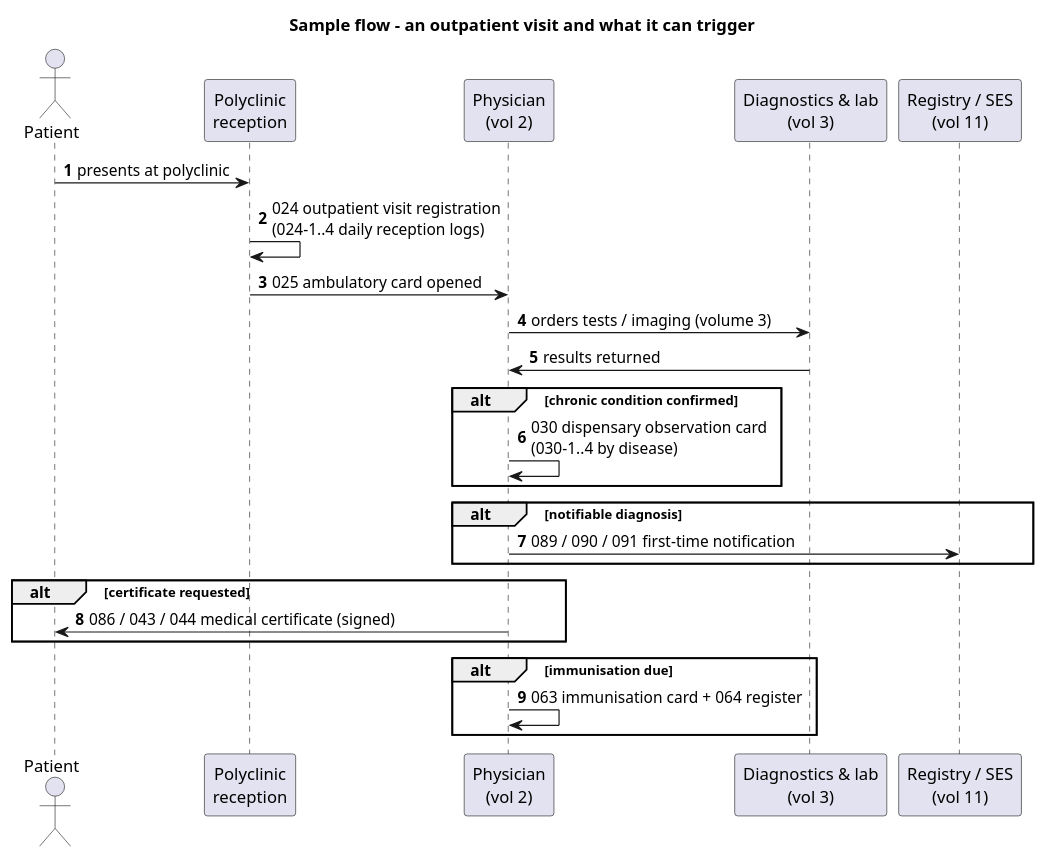
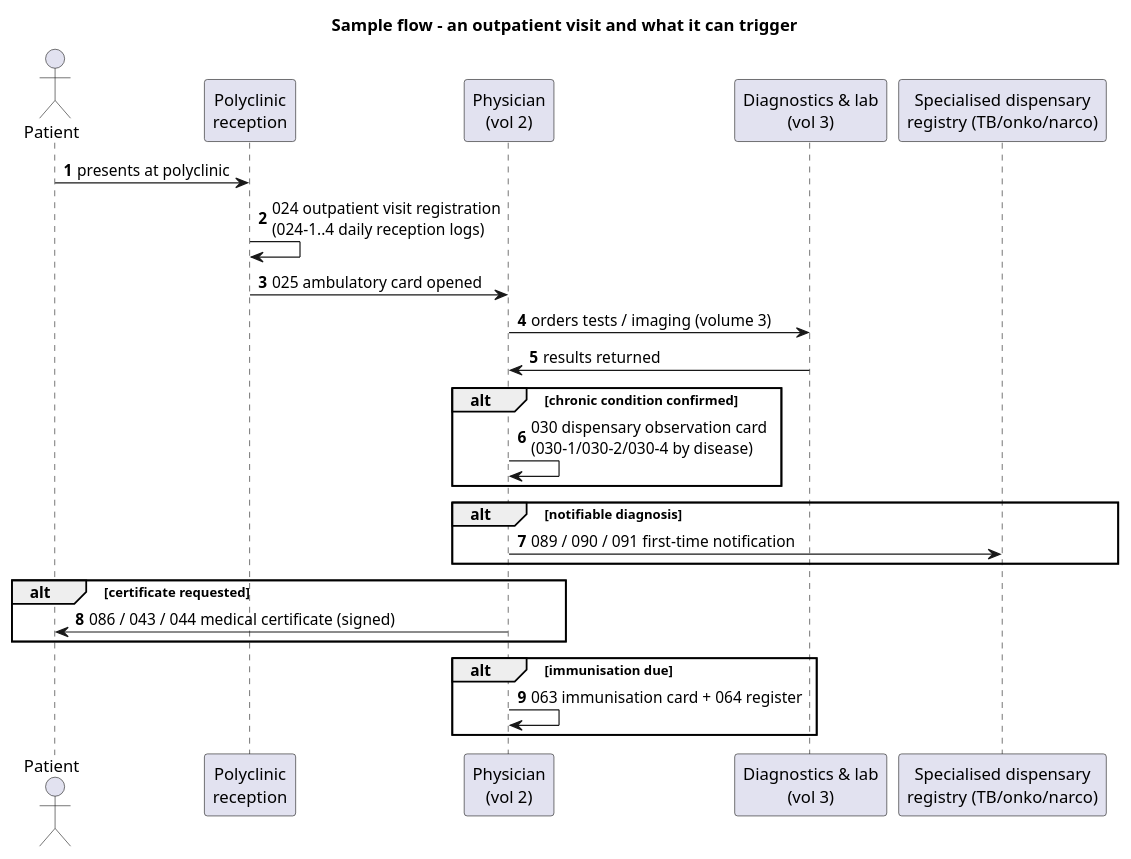
One commit to uzinfocom-org/digital-health-integration changed the diagram in input/images-source/forms-vol02-flow.plantuml. Above: the diagram before and after it, drawn with PlantUML. The commit also changed 17 other files, not shown here.

First line of the commit message:
Fix diagram/table facts against Order 399 templates and YORIQNOMA

```diff
--- a/input/images-source/forms-vol02-flow.plantuml
+++ b/input/images-source/forms-vol02-flow.plantuml
@@ -1,29 +1,29 @@
 @startuml forms-vol02-flow
 title Sample flow - an outpatient visit and what it can trigger
 autonumber
 
 actor Patient as P
 participant "Polyclinic\nreception" as R
 participant "Physician\n(vol 2)" as DR
 participant "Diagnostics & lab\n(vol 3)" as DX
-participant "Registry / SES\n(vol 11)" as REG
+participant "Specialised dispensary\nregistry (TB/onko/narco)" as REG
 
 P -> R : presents at polyclinic
 R -> R : 024 outpatient visit registration\n(024-1..4 daily reception logs)
 R -> DR : 025 ambulatory card opened
 DR -> DX : orders tests / imaging (volume 3)
 DX -> DR : results returned
 
 alt chronic condition confirmed
-  DR -> DR : 030 dispensary observation card\n(030-1..4 by disease)
+  DR -> DR : 030 dispensary observation card\n(030-1/030-2/030-4 by disease)
 end
 alt notifiable diagnosis
   DR -> REG : 089 / 090 / 091 first-time notification
 end
 alt certificate requested
   DR -> P : 086 / 043 / 044 medical certificate (signed)
 end
 alt immunisation due
   DR -> DR : 063 immunisation card + 064 register
 end
 @enduml
```
